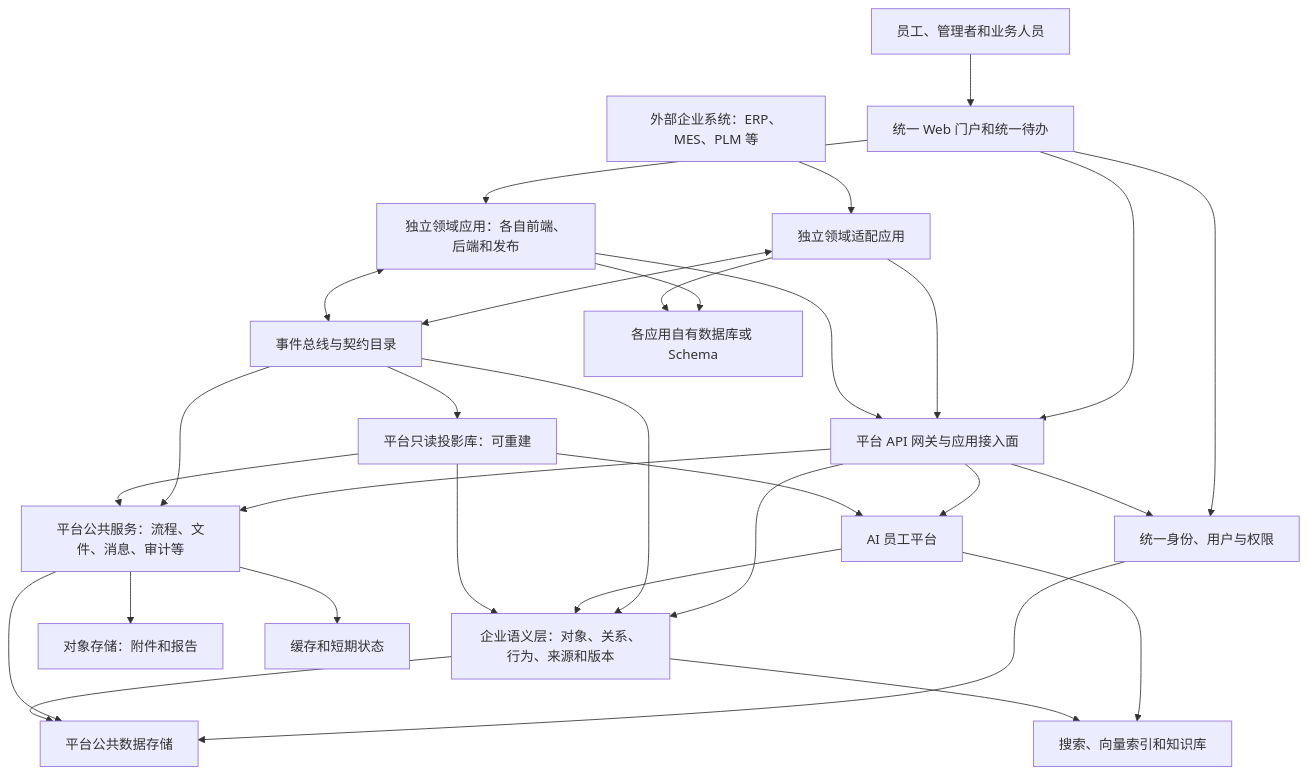
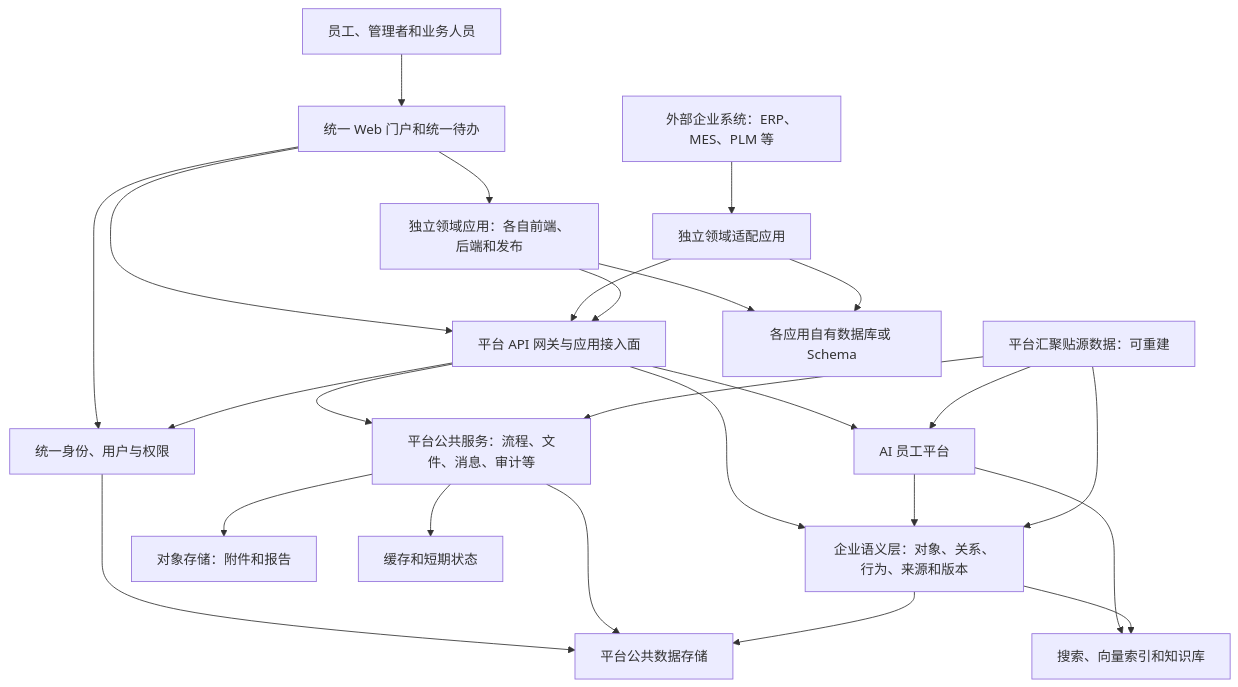
The first of 2 diagrams in docs/unified-internal-app-platform-product-and-implementation.md (tonycc/ai-hub), drawn with Mermaid before and after one commit. The commit also changed other lines of this file and 26 other files, not shown here.

```diff
--- a/docs/unified-internal-app-platform-product-and-implementation.md
+++ b/docs/unified-internal-app-platform-product-and-implementation.md
@@ -373,50 +373,44 @@
 ~~~mermaid
 flowchart TB
     U["员工、管理者和业务人员"]
     W["统一 Web 门户和统一待办"]
     AUTH["统一身份、用户与权限"]
     A["独立领域应用：各自前端、后端和发布"]
     GATE["平台 API 网关与应用接入面"]
-    EVENT["事件总线与契约目录"]
     EXT["外部企业系统：ERP、MES、PLM 等"]
     ADAPTER["独立领域适配应用"]
     P["平台公共服务：流程、文件、消息、审计等"]
     SEM["企业语义层：对象、关系、行为、来源和版本"]
     AI["AI 员工平台"]
     PDB["平台公共数据存储"]
-    PROJ["平台只读投影库：可重建"]
+    PROJ["平台汇聚贴源数据：可重建"]
     ADB["各应用自有数据库或 Schema"]
     OBJ["对象存储：附件和报告"]
     CACHE["缓存和短期状态"]
     SEARCH["搜索、向量索引和知识库"]
 
     U --> W
     W --> AUTH
     W --> A
     W --> GATE
     EXT --> ADAPTER
     ADAPTER --> GATE
-    ADAPTER <--> EVENT
     A --> GATE
-    A <--> EVENT
     GATE --> AUTH
     GATE --> P
     GATE --> SEM
     GATE --> AI
-    EVENT --> P
-    EVENT --> SEM
-    EVENT --> PROJ
     AI --> SEM
     A --> ADB
     ADAPTER --> ADB
     AUTH --> PDB
     P --> PDB
     SEM --> PDB
     PROJ --> P
     PROJ --> SEM
     PROJ --> AI
     P --> OBJ
     P --> CACHE
     AI --> SEARCH
     SEM --> SEARCH
 ~~~
```
